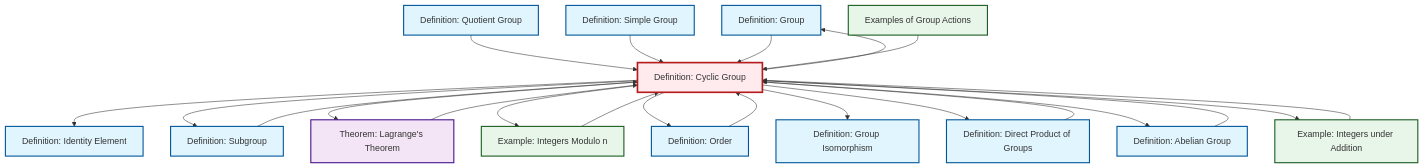
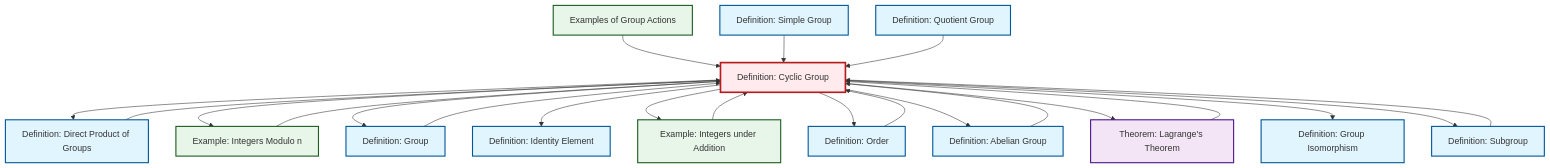
Before and after one commit to RK0429/ModernMath: the diagram in content/en/algebra/def-cyclic-group.qmd, drawn with Mermaid. The commit also changed other lines of this file and 654 other files, not shown here.

````diff
--- a/content/en/algebra/def-cyclic-group.qmd
+++ b/content/en/algebra/def-cyclic-group.qmd
@@ -101,58 +101,58 @@
 ```{mermaid}
 %%| fig-cap: "Local dependency graph"
 graph TD
     classDef definition fill:#e1f5fe,stroke:#01579b,stroke-width:2px
     classDef theorem fill:#f3e5f5,stroke:#4a148c,stroke-width:2px
     classDef axiom fill:#fff3e0,stroke:#e65100,stroke-width:2px
     classDef example fill:#e8f5e9,stroke:#1b5e20,stroke-width:2px
     classDef current fill:#ffebee,stroke:#b71c1c,stroke-width:3px
+    def-simple-group["Definition: Simple Group"]:::definition
+    def-cyclic-group["Definition: Cyclic Group"]:::definition
+    def-isomorphism["Definition: Group Isomorphism"]:::definition
+    ex-integers-addition["Example: Integers under Addition"]:::example
     def-group["Definition: Group"]:::definition
-    def-abelian-group["Definition: Abelian Group"]:::definition
+    def-order["Definition: Order"]:::definition
     thm-lagrange["Theorem: Lagrange's Theorem"]:::theorem
-    def-simple-group["Definition: Simple Group"]:::definition
+    def-quotient-group["Definition: Quotient Group"]:::definition
     def-subgroup["Definition: Subgroup"]:::definition
-    def-cyclic-group["Definition: Cyclic Group"]:::definition
-    def-quotient-group["Definition: Quotient Group"]:::definition
-    def-isomorphism["Definition: Group Isomorphism"]:::definition
     def-direct-product["Definition: Direct Product of Groups"]:::definition
-    def-order["Definition: Order"]:::definition
-    ex-quotient-integers-mod-n["Example: Integers Modulo n"]:::example
     def-identity-element["Definition: Identity Element"]:::definition
     ex-group-action-examples["Examples of Group Actions"]:::example
-    ex-integers-addition["Example: Integers under Addition"]:::example
-    def-cyclic-group --> def-identity-element
-    def-quotient-group --> def-cyclic-group
-    def-cyclic-group --> def-subgroup
-    def-cyclic-group --> thm-lagrange
-    def-cyclic-group --> def-group
-    def-cyclic-group --> ex-quotient-integers-mod-n
-    ex-integers-addition --> def-cyclic-group
-    ex-quotient-integers-mod-n --> def-cyclic-group
-    def-cyclic-group --> def-order
-    def-direct-product --> def-cyclic-group
-    def-cyclic-group --> def-isomorphism
-    def-simple-group --> def-cyclic-group
-    def-abelian-group --> def-cyclic-group
-    def-order --> def-cyclic-group
+    def-abelian-group["Definition: Abelian Group"]:::definition
+    ex-quotient-integers-mod-n["Example: Integers Modulo n"]:::example
     def-cyclic-group --> def-direct-product
-    def-subgroup --> def-cyclic-group
-    def-cyclic-group --> def-abelian-group
-    thm-lagrange --> def-cyclic-group
-    def-cyclic-group --> ex-integers-addition
     def-group --> def-cyclic-group
     ex-group-action-examples --> def-cyclic-group
+    ex-quotient-integers-mod-n --> def-cyclic-group
+    def-direct-product --> def-cyclic-group
+    def-cyclic-group --> ex-quotient-integers-mod-n
+    def-subgroup --> def-cyclic-group
+    def-cyclic-group --> def-group
+    def-cyclic-group --> def-identity-element
+    def-cyclic-group --> ex-integers-addition
+    def-cyclic-group --> def-order
+    def-abelian-group --> def-cyclic-group
+    def-cyclic-group --> def-abelian-group
+    def-simple-group --> def-cyclic-group
+    def-cyclic-group --> thm-lagrange
+    ex-integers-addition --> def-cyclic-group
+    def-quotient-group --> def-cyclic-group
+    thm-lagrange --> def-cyclic-group
+    def-cyclic-group --> def-isomorphism
+    def-cyclic-group --> def-subgroup
+    def-order --> def-cyclic-group
     class def-cyclic-group current
+    click def-simple-group "def-simple-group.html" "Go to Simple Group definition"
+    click def-isomorphism "def-isomorphism.html" "Go to Group Isomorphism definition"
+    click ex-integers-addition "ex-integers-addition.html" "Go to Integers under Addition example"
     click def-group "def-group.html" "Go to Group definition"
-    click def-abelian-group "def-abelian-group.html" "Go to Abelian Group definition"
+    click def-order "def-order.html" "Go to Order definition"
     click thm-lagrange "thm-lagrange.html" "Go to Lagrange's Theorem theorem"
-    click def-simple-group "def-simple-group.html" "Go to Simple Group definition"
+    click def-quotient-group "def-quotient-group.html" "Go to Quotient Group definition"
     click def-subgroup "def-subgroup.html" "Go to Subgroup definition"
-    click def-quotient-group "def-quotient-group.html" "Go to Quotient Group definition"
-    click def-isomorphism "def-isomorphism.html" "Go to Group Isomorphism definition"
     click def-direct-product "def-direct-product.html" "Go to Direct Product of Groups definition"
-    click def-order "def-order.html" "Go to Order definition"
-    click ex-quotient-integers-mod-n "ex-quotient-integers-mod-n.html" "Go to Integers Modulo n example"
     click def-identity-element "def-identity-element.html" "Go to Identity Element definition"
     click ex-group-action-examples "ex-group-action-examples.html" "Go to Examples of Group Actions"
-    click ex-integers-addition "ex-integers-addition.html" "Go to Integers under Addition example"
+    click def-abelian-group "def-abelian-group.html" "Go to Abelian Group definition"
+    click ex-quotient-integers-mod-n "ex-quotient-integers-mod-n.html" "Go to Integers Modulo n example"
 ```
````
